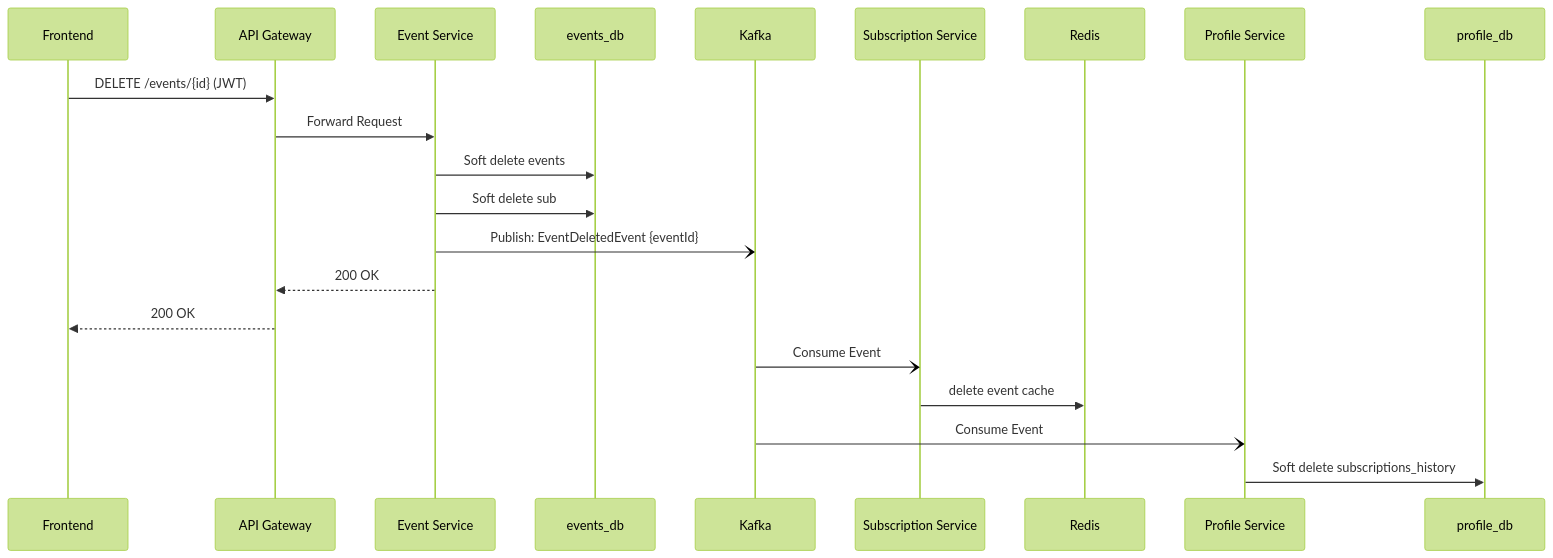
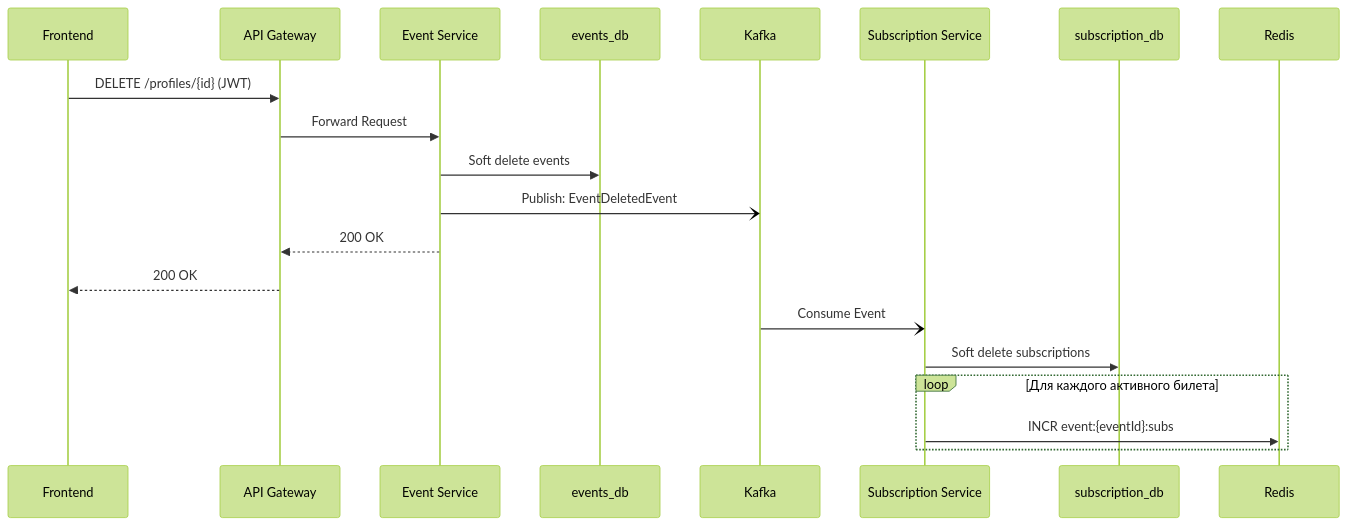
One commit to NewRecon/sport-point-api changed the sixth of 6 diagrams in README.md. Above: the diagram before and after it, drawn with Mermaid (forest theme). The commit also changed other lines of this file and 31 other files, not shown here.

````diff
--- a/README.md
+++ b/README.md
@@ -262,24 +242,23 @@
 ```mermaid
 sequenceDiagram
     participant C as Frontend
     participant GW as API Gateway
     participant ES as Event Service
     participant DB1 as events_db
     participant K as Kafka
     participant SS as Subscription Service
+    participant DB2 as subscription_db
     participant R as Redis
-    participant PS as Profile Service
-    participant DB2 as profile_db
 
-    C->>GW: DELETE /events/{id} (JWT)
+    C->>GW: DELETE /profiles/{id} (JWT)
     GW->>ES: Forward Request
     ES->>DB1: Soft delete events
-    ES->>DB1: Soft delete sub
-    ES-)K: Publish: EventDeletedEvent {eventId}
+    ES-)K: Publish: EventDeletedEvent
     ES-->>GW: 200 OK
     GW-->>C: 200 OK
     K-)SS: Consume Event
-    SS->>R: delete event cache
-    K-)PS: Consume Event
-    PS->>DB2: Soft delete subscriptions_history
+    SS->>DB2: Soft delete subscriptions
+    loop Для каждого активного билета
+        SS->>R: INCR event:{eventId}:subs
+    end
 ```
````
